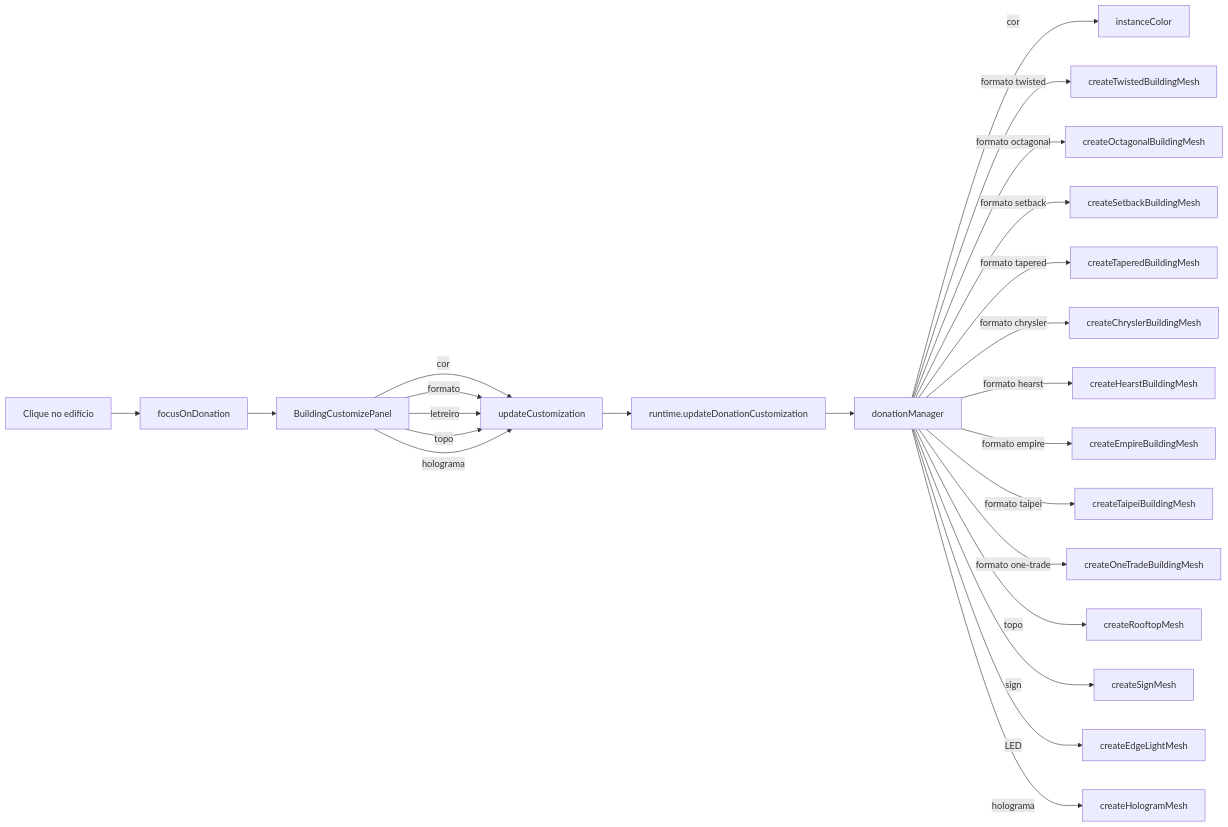
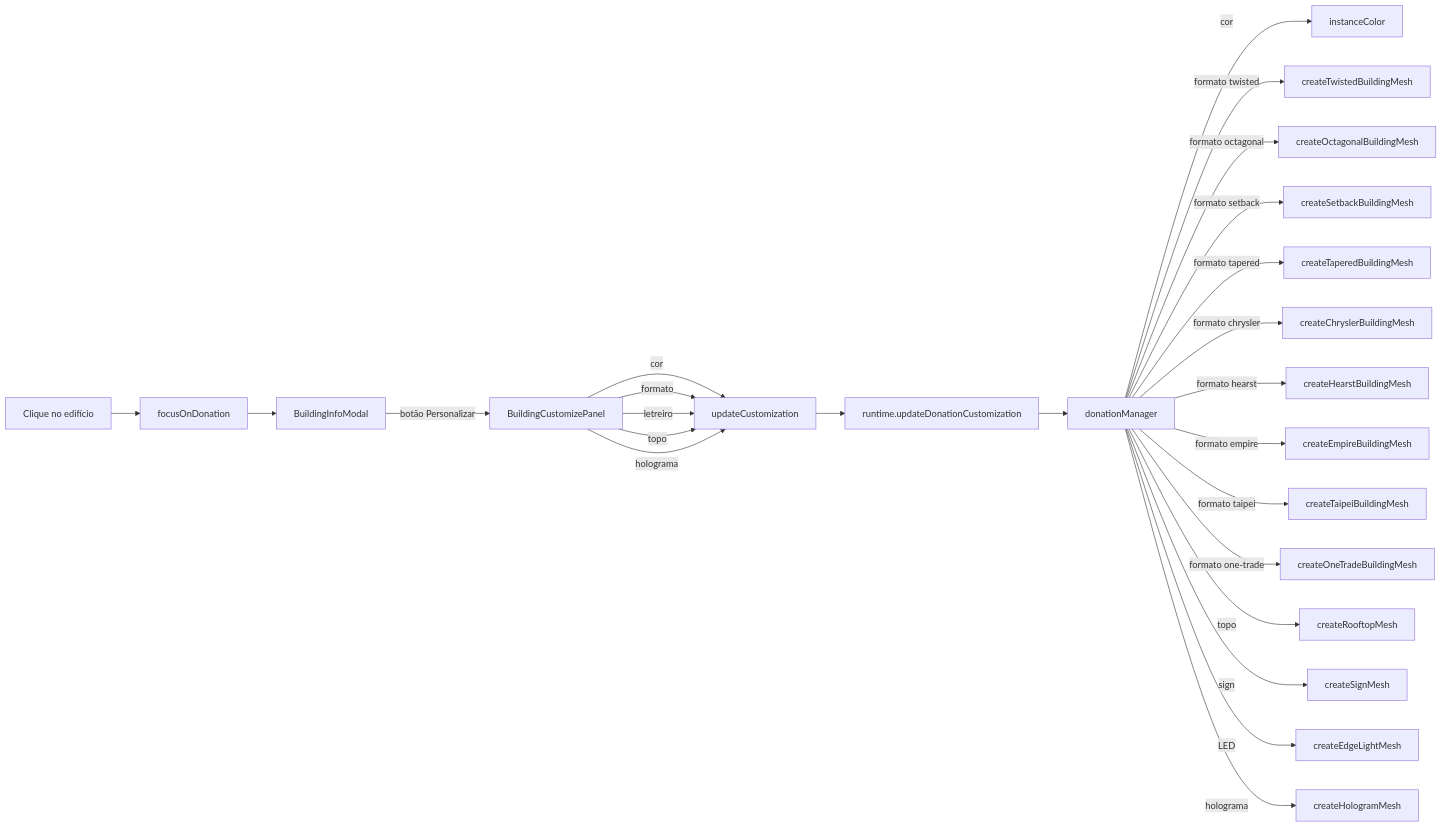
The second of 2 diagrams in doc/index.md (RaeII/cidoa), drawn with Mermaid before and after one commit. The commit also changed other lines of this file and 8 other files, not shown here.

````diff
--- a/doc/index.md
+++ b/doc/index.md
@@ -234,26 +238,27 @@
 ```mermaid
 flowchart LR
     Click[Clique no edifício] --> Focus[focusOnDonation]
-    Focus --> Panel[BuildingCustomizePanel]
+    Focus --> Info[BuildingInfoModal]
+    Info --> |botão Personalizar| Panel[BuildingCustomizePanel]
     Panel --> |cor| UC[updateCustomization]
     Panel --> |formato| UC
     Panel --> |letreiro| UC
     Panel --> |topo| UC
     Panel --> |holograma| UC
     UC --> Runtime[runtime.updateDonationCustomization]
     Runtime --> DM[donationManager]
     DM --> |cor| IC[instanceColor]
     DM --> |formato twisted| TW[createTwistedBuildingMesh]
     DM --> |formato octagonal| OC[createOctagonalBuildingMesh]
     DM --> |formato setback| SB[createSetbackBuildingMesh]
     DM --> |formato tapered| TP[createTaperedBuildingMesh]
     DM --> |formato chrysler| CH[createChryslerBuildingMesh]
     DM --> |formato hearst| HT[createHearstBuildingMesh]
     DM --> |formato empire| EM[createEmpireBuildingMesh]
     DM --> |formato taipei| TP101[createTaipeiBuildingMesh]
     DM --> |formato one-trade| OT[createOneTradeBuildingMesh]
     DM --> |topo| RM[createRooftopMesh]
     DM --> |sign| SM[createSignMesh]
     DM --> |LED| EL[createEdgeLightMesh]
     DM --> |holograma| HM[createHologramMesh]
 ```
````
